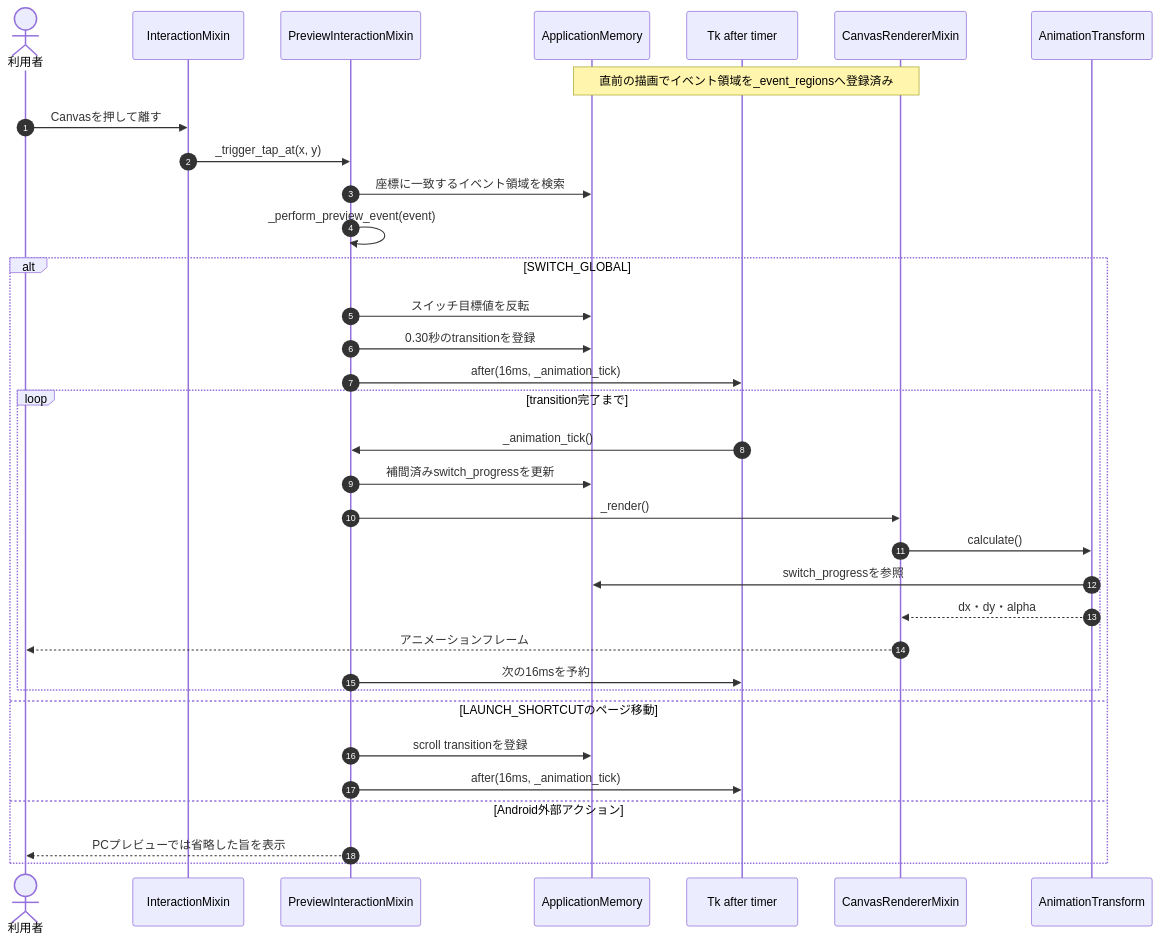
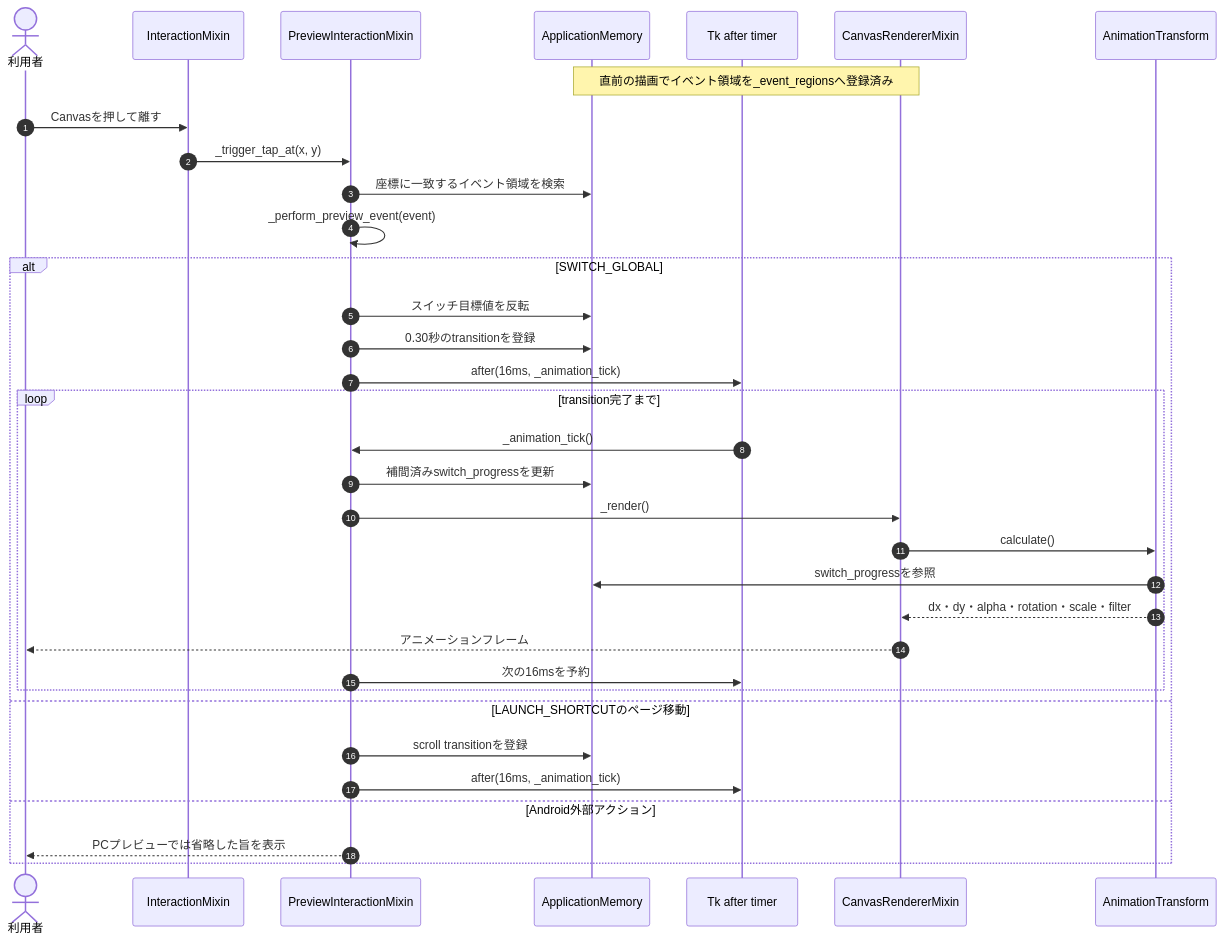
Before and after one commit to k014c1287/klwp_pc_editor: the tenth of 13 diagrams in doc/KLWPエディタ_設計仕様.md, drawn with Mermaid. The commit also changed other lines of this file and 26 other files, not shown here.

````diff
--- a/doc/KLWPエディタ_設計仕様.md
+++ b/doc/KLWPエディタ_設計仕様.md
@@ -698,38 +747,38 @@
 ```mermaid
 sequenceDiagram
     autonumber
     actor User as 利用者
     participant Interaction as InteractionMixin
     participant Events as PreviewInteractionMixin
     participant Memory as ApplicationMemory
     participant Timer as Tk after timer
     participant Canvas as CanvasRendererMixin
     participant Transform as AnimationTransform
 
     Note over Canvas,Memory: 直前の描画でイベント領域を_event_regionsへ登録済み
     User->>Interaction: Canvasを押して離す
     Interaction->>Events: _trigger_tap_at(x, y)
     Events->>Memory: 座標に一致するイベント領域を検索
     Events->>Events: _perform_preview_event(event)
 
     alt SWITCH_GLOBAL
         Events->>Memory: スイッチ目標値を反転
         Events->>Memory: 0.30秒のtransitionを登録
         Events->>Timer: after(16ms, _animation_tick)
         loop transition完了まで
             Timer->>Events: _animation_tick()
             Events->>Memory: 補間済みswitch_progressを更新
             Events->>Canvas: _render()
             Canvas->>Transform: calculate()
             Transform->>Memory: switch_progressを参照
-            Transform-->>Canvas: dx・dy・alpha
+            Transform-->>Canvas: dx・dy・alpha・rotation・scale・filter
             Canvas-->>User: アニメーションフレーム
             Events->>Timer: 次の16msを予約
         end
     else LAUNCH_SHORTCUTのページ移動
         Events->>Memory: scroll transitionを登録
         Events->>Timer: after(16ms, _animation_tick)
     else Android外部アクション
         Events-->>User: PCプレビューでは省略した旨を表示
     end
 ```
````
